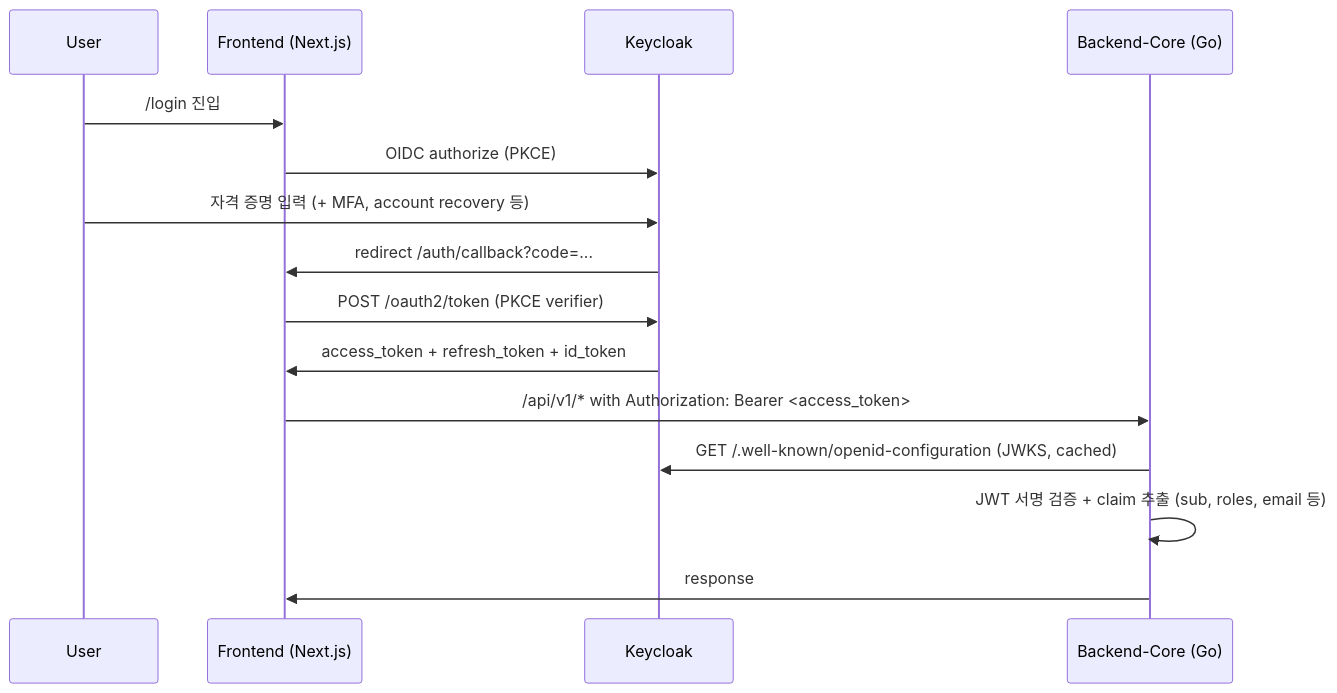
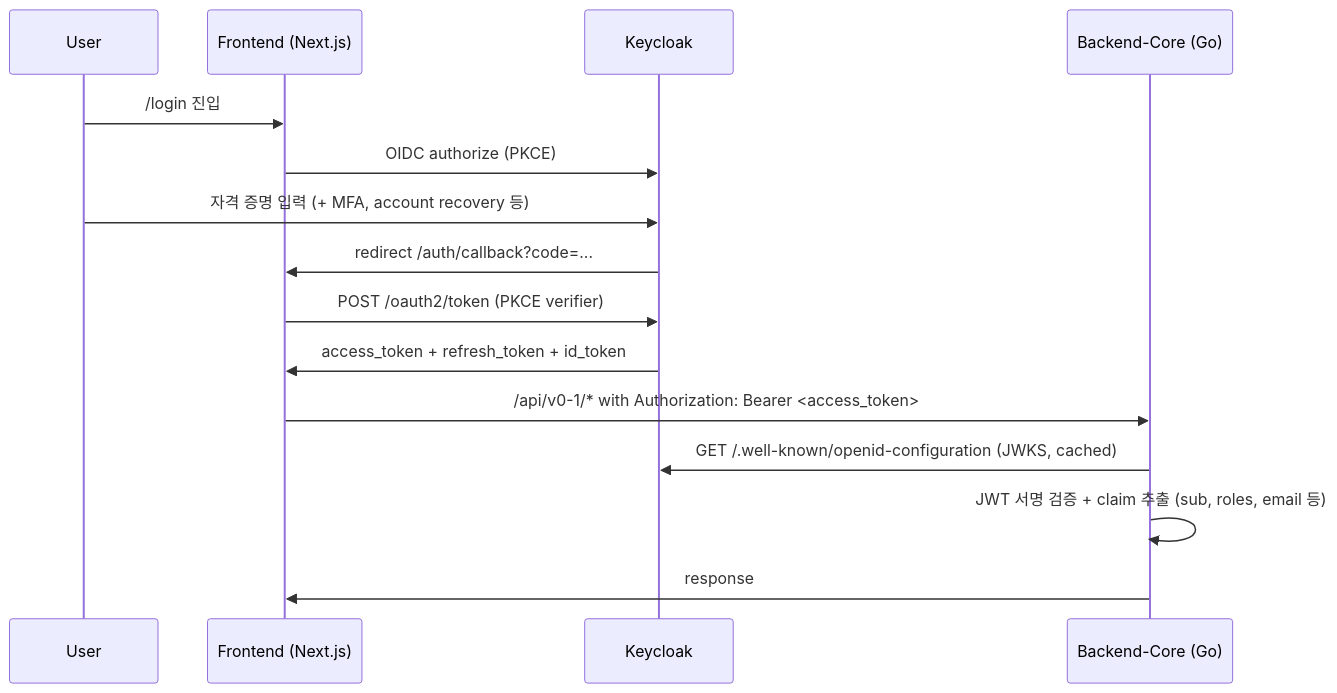
One commit to ykylee/Devhub_example changed the diagram in docs/adr/0019-keycloak-only-idp.md. Above: the diagram before and after it, drawn with Mermaid. The commit also changed other lines of this file and 9 other files, not shown here.

````diff
--- a/docs/adr/0019-keycloak-only-idp.md
+++ b/docs/adr/0019-keycloak-only-idp.md
@@ -150,18 +150,18 @@
 ```mermaid
 sequenceDiagram
     participant U as User
     participant F as Frontend (Next.js)
     participant KC as Keycloak
     participant B as Backend-Core (Go)
 
     U->>F: /login 진입
     F->>KC: OIDC authorize (PKCE)
     U->>KC: 자격 증명 입력 (+ MFA, account recovery 등)
     KC->>F: redirect /auth/callback?code=...
     F->>KC: POST /oauth2/token (PKCE verifier)
     KC->>F: access_token + refresh_token + id_token
-    F->>B: /api/v1/* with Authorization: Bearer <access_token>
+    F->>B: /api/v0-1/* with Authorization: Bearer <access_token>
     B->>KC: GET /.well-known/openid-configuration (JWKS, cached)
     B->>B: JWT 서명 검증 + claim 추출 (sub, roles, email 등)
     B->>F: response
 ```
````
